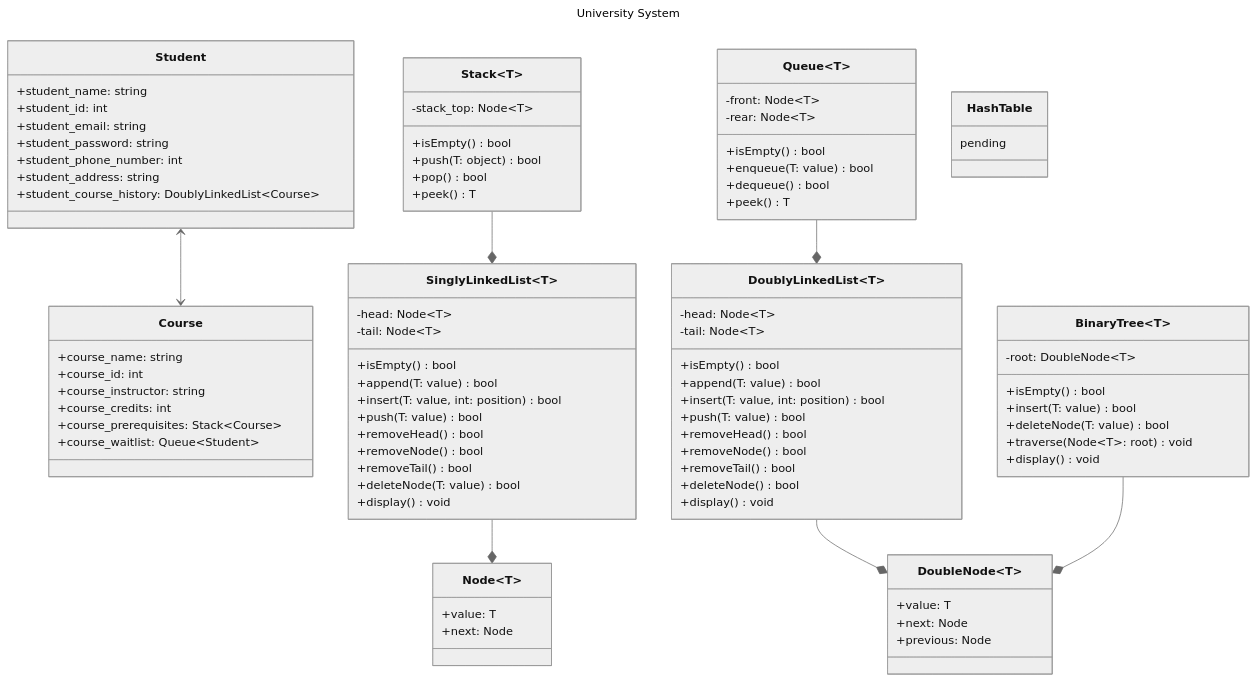
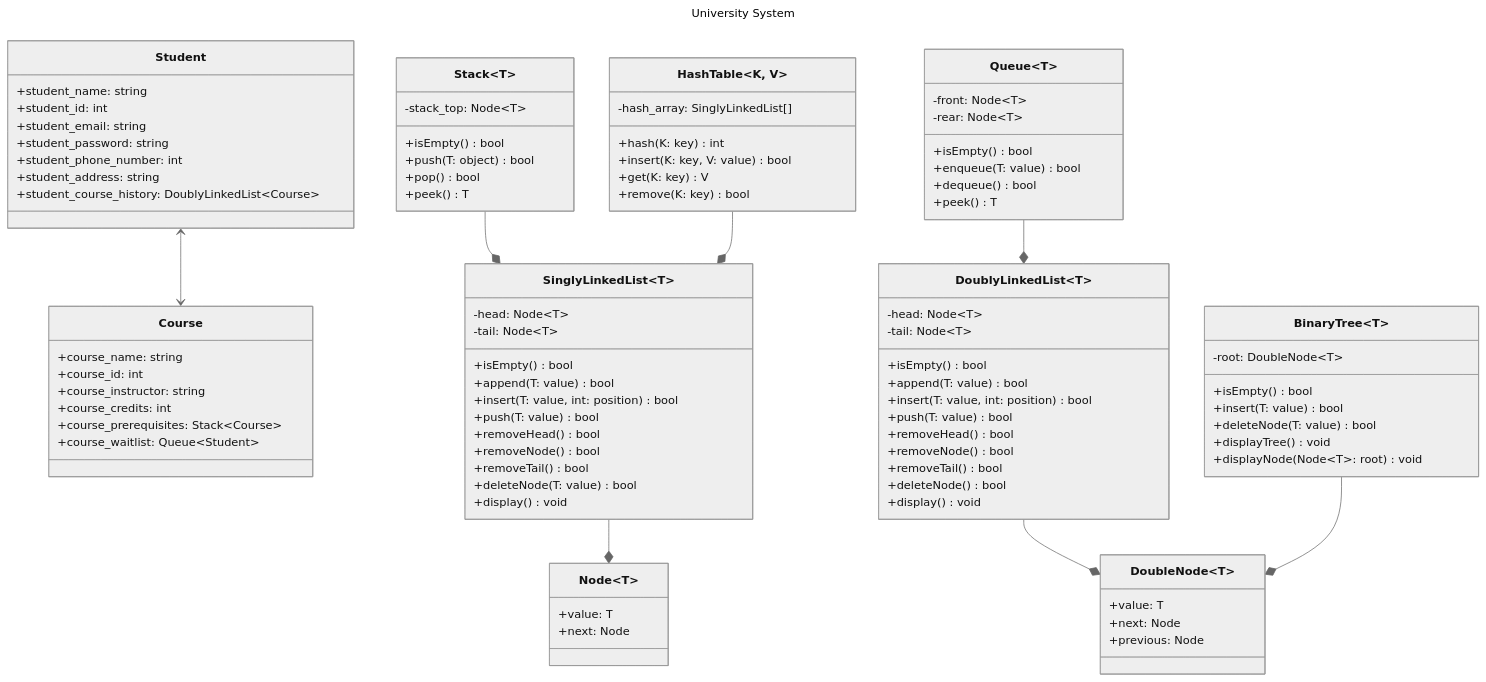
Before and after one commit to Darth-218/university-system: the diagram in 00-project.md, drawn with Mermaid (neutral theme). The commit also changed other lines of this file, not shown here.

Commit message:
Update project overview

````diff
--- a/00-project.md
+++ b/00-project.md
@@ -102,11 +102,15 @@
 	+isEmpty() bool
 	+insert(T: value) bool
 	+deleteNode(T: value) bool
-	+traverse(Node~T~: root) void
-	+display() void
+	+displayTree() void
+	+displayNode(Node~T~: root) void
 }
-class HashTable {
-	pending
+class HashTable~K, V~ {
+	-hash_array: SinglyLinkedList[]
+	+hash(K: key) int
+	+insert(K: key, V: value) bool
+	+get(K: key) V
+	+remove(K: key) bool
 }
 
 Student <--> Course
@@ -115,4 +119,5 @@
 Queue --* DoublyLinkedList
 DoublyLinkedList --* DoubleNode
 BinaryTree --* DoubleNode
+HashTable --* SinglyLinkedList
 ```
````
